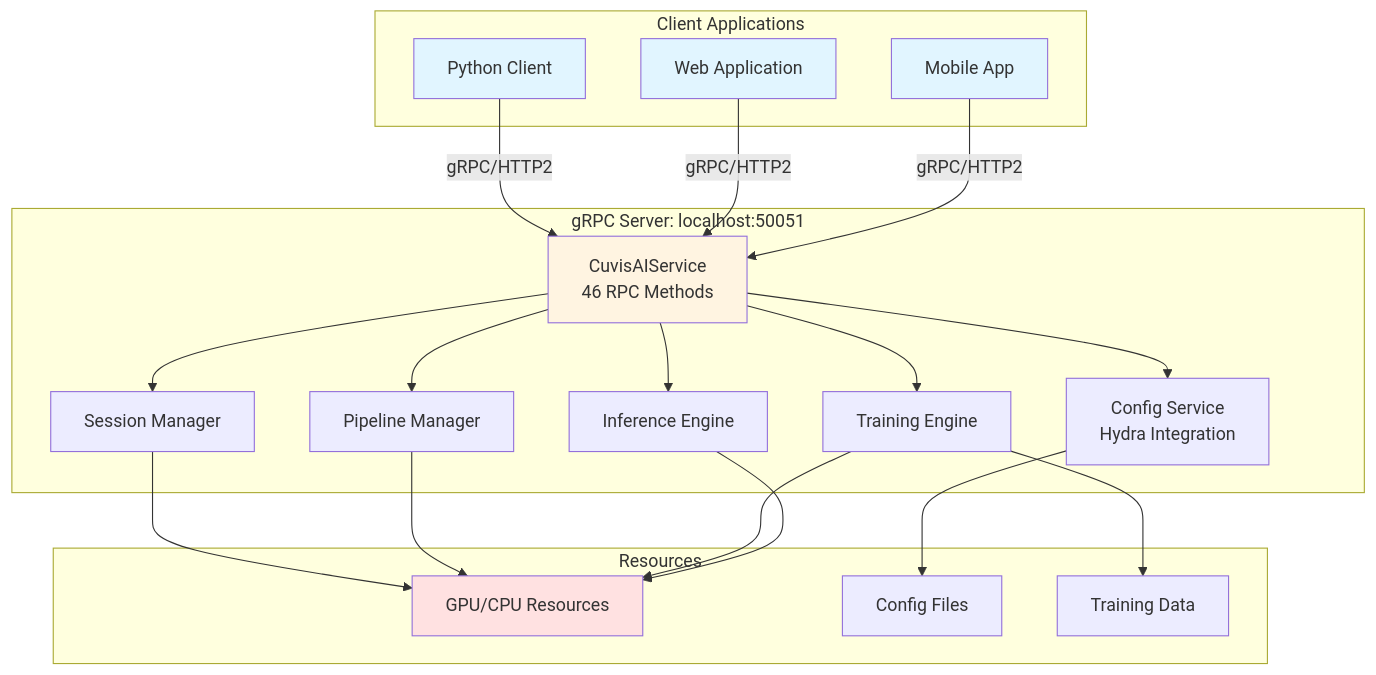
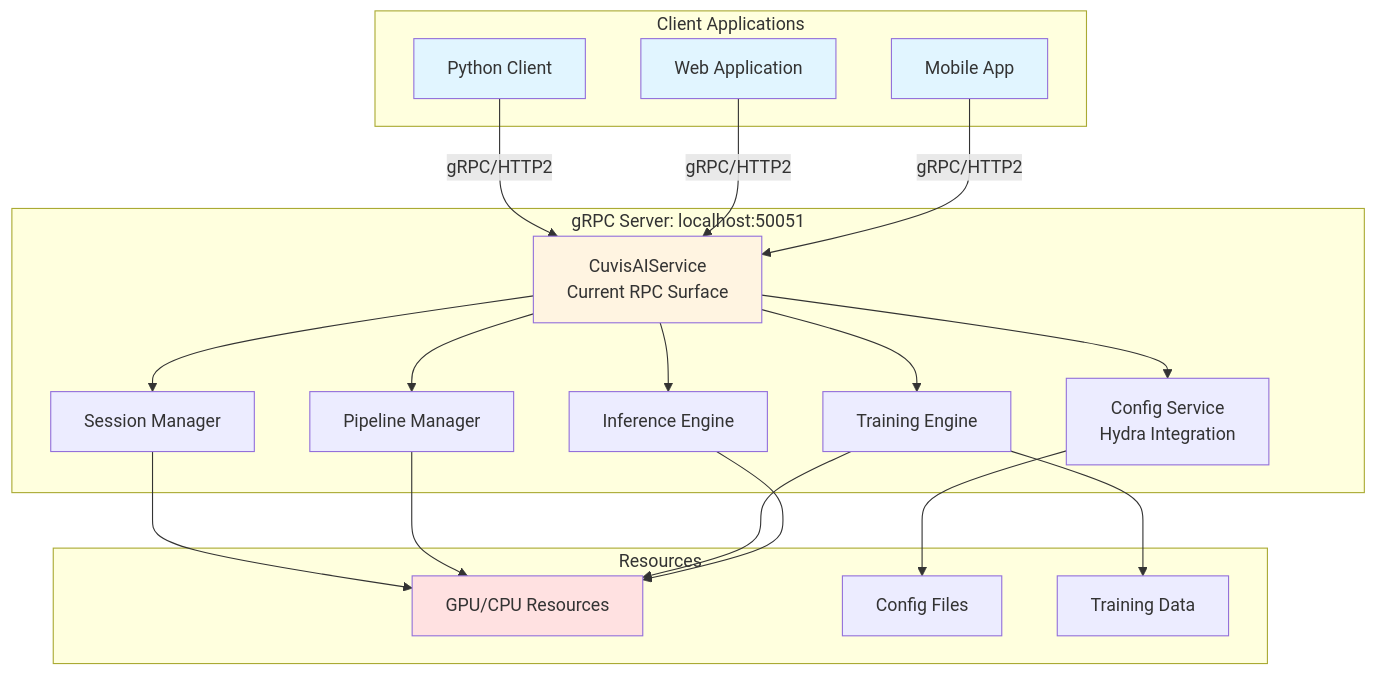
The first of 2 diagrams in docs/grpc/overview.md (cubert-hyperspectral/cuvis-ai), drawn with Mermaid before and after one commit. The commit also changed other lines of this file and 285 other files, not shown here.

````diff
--- a/docs/grpc/overview.md
+++ b/docs/grpc/overview.md
@@ -53,47 +56,47 @@
 ```mermaid
 graph TB
     subgraph "Client Applications"
         C1[Python Client]
         C2[Web Application]
         C3[Mobile App]
     end
 
     subgraph "gRPC Server: localhost:50051"
-        SVC[CuvisAIService<br/>46 RPC Methods]
+        SVC[CuvisAIService<br/>Current RPC Surface]
         SM[Session Manager]
         CS[Config Service<br/>Hydra Integration]
         PM[Pipeline Manager]
         TE[Training Engine]
         IE[Inference Engine]
     end
 
     subgraph "Resources"
         GPU[GPU/CPU Resources]
         CFG[Config Files]
         DATA[Training Data]
     end
 
     C1 -->|gRPC/HTTP2| SVC
     C2 -->|gRPC/HTTP2| SVC
     C3 -->|gRPC/HTTP2| SVC
 
     SVC --> SM
     SVC --> CS
     SVC --> PM
     SVC --> TE
     SVC --> IE
 
     SM --> GPU
     PM --> GPU
     TE --> GPU
     IE --> GPU
 
     CS --> CFG
     TE --> DATA
 
     style SVC fill:#fff4e1
     style C1 fill:#e1f5ff
     style C2 fill:#e1f5ff
     style C3 fill:#e1f5ff
     style GPU fill:#ffe1e1
 ```
````
